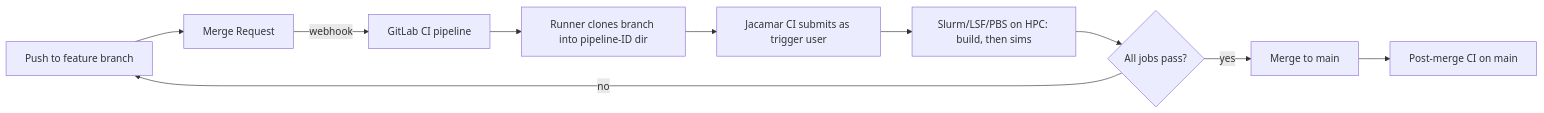
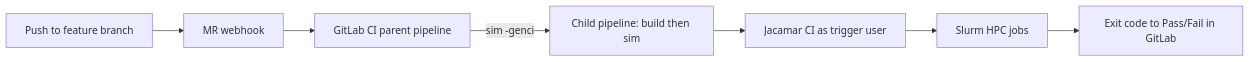
Before and after one commit to nemo99007/yt-paper: the diagram in docs/papers/ref-20261018-ee89-continuous-integration-in-soc-design-challenges-and-solution.md, drawn with Mermaid. The commit also changed other lines of this file and 172 other files, not shown here.

````diff
--- a/docs/papers/ref-20261018-ee89-continuous-integration-in-soc-design-challenges-and-solution.md
+++ b/docs/papers/ref-20261018-ee89-continuous-integration-in-soc-design-challenges-and-solution.md
@@ -199,12 +212,9 @@
 ```mermaid
 flowchart LR
-  A[Push to feature branch] --> B[Merge Request]
-  B -->|webhook| C[GitLab CI pipeline]
-  C --> D[Runner clones branch into pipeline-ID dir]
-  D --> E[Jacamar CI submits as trigger user]
-  E --> F[Slurm/LSF/PBS on HPC: build, then sims]
-  F --> G{All jobs pass?}
-  G -->|yes| H[Merge to main]
-  G -->|no| A
-  H --> I[Post-merge CI on main]
+  A[Push to feature branch] --> B[MR webhook]
+  B --> C[GitLab CI parent pipeline]
+  C -->|sim -genci| D[Child pipeline: build then sim]
+  D --> E[Jacamar CI as trigger user]
+  E --> F[Slurm HPC jobs]
+  F --> G[Exit code to Pass/Fail in GitLab]
 ```
````
